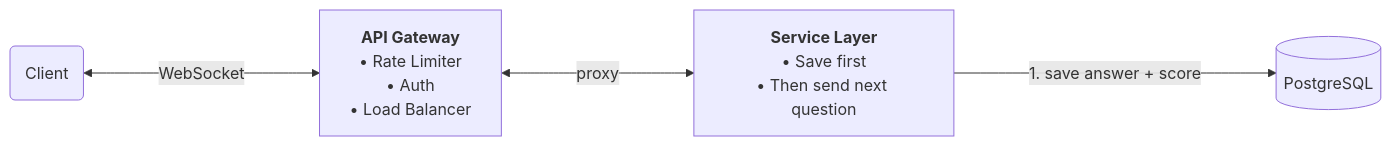
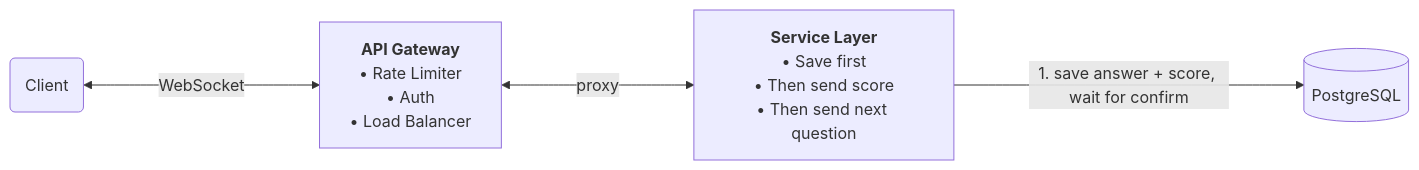
One commit to shivam-tamboli/GrillMyProject changed the third of 4 diagrams in SYSTEM_DESIGN.md. Above: the diagram before and after it, drawn with Mermaid. The commit also changed other lines of this file, not shown here.

Commit message:
docs: deep dive 2 sends score before the next question

````diff
--- a/SYSTEM_DESIGN.md
+++ b/SYSTEM_DESIGN.md
@@ -371,12 +371,12 @@
 ```mermaid
 %%{init: {'flowchart': {'nodeSpacing': 80, 'rankSpacing': 150}}}%%
 flowchart LR
     Client(Client)
     GW["<b>API Gateway</b><br/>• Rate Limiter<br/>• Auth<br/>• Load Balancer"]
-    SVC["<b>Service Layer</b><br/>• Save first<br/>• Then send next question"]
+    SVC["<b>Service Layer</b><br/>• Save first<br/>• Then send score<br/>• Then send next question"]
     PG[(PostgreSQL)]
 
     Client <-->|WebSocket| GW
     GW <-->|proxy| SVC
-    SVC -->|1. save answer + score| PG
+    SVC -->|1. save answer + score, wait for confirm| PG
 ```
````
